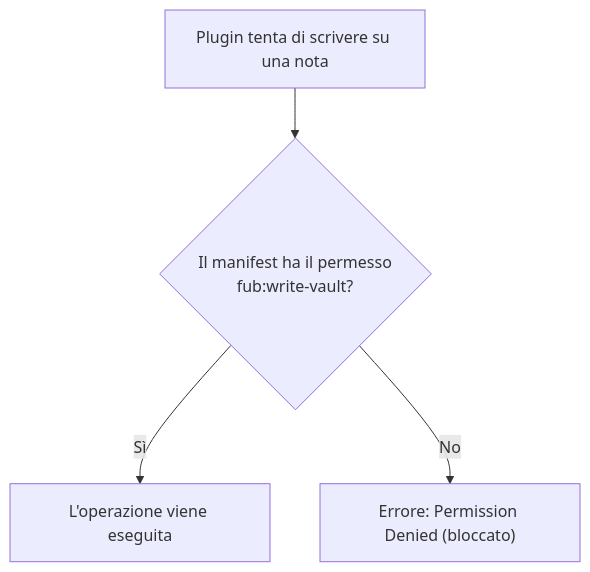
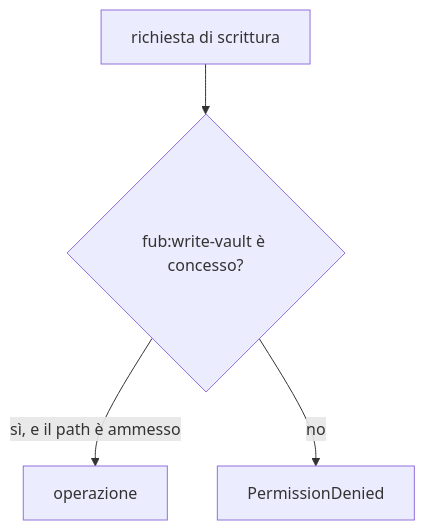
Before and after one commit to Fubeo/Fub: the diagram in docs/04-plugin/03-i-permessi.md, drawn with Mermaid. The commit also changed other lines of this file and 11 other files, not shown here.

````diff
--- a/docs/04-plugin/03-i-permessi.md
+++ b/docs/04-plugin/03-i-permessi.md
@@ -7,6 +7,6 @@
 ```mermaid
 flowchart TD
-    Req["Plugin tenta di scrivere su una nota"] --> Check{"Il manifest ha il permesso<br>fub:write-vault?"}
-    Check -- "Sì" --> Exec["L'operazione viene eseguita"]
-    Check -- "No" --> Block["Errore: Permission Denied (bloccato)"]
+    Req["richiesta di scrittura"] --> Check{"fub:write-vault è concesso?"}
+    Check -->|"sì, e il path è ammesso"| Run["operazione"]
+    Check -->|"no"| Deny["PermissionDenied"]
 ```
````
